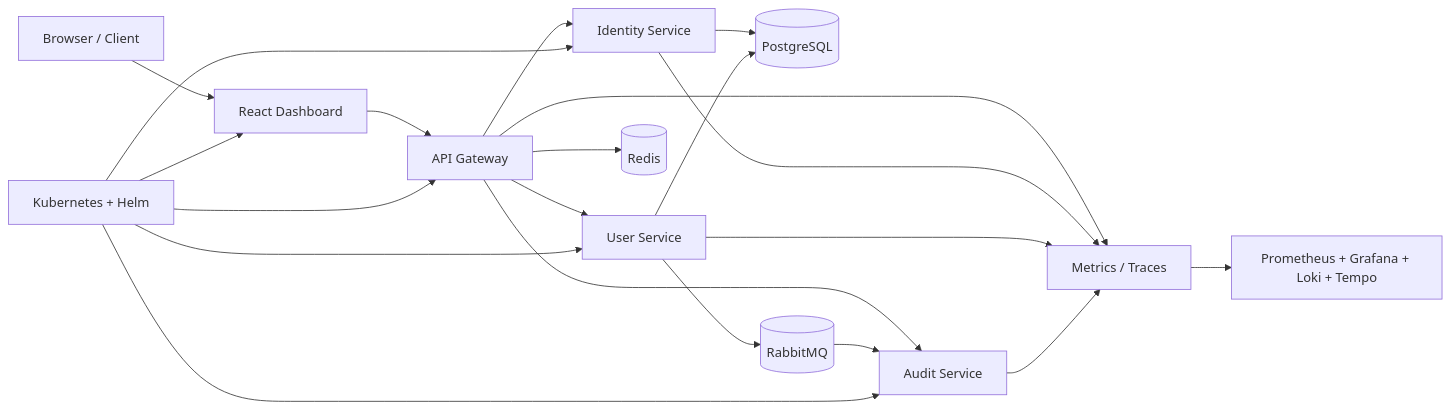
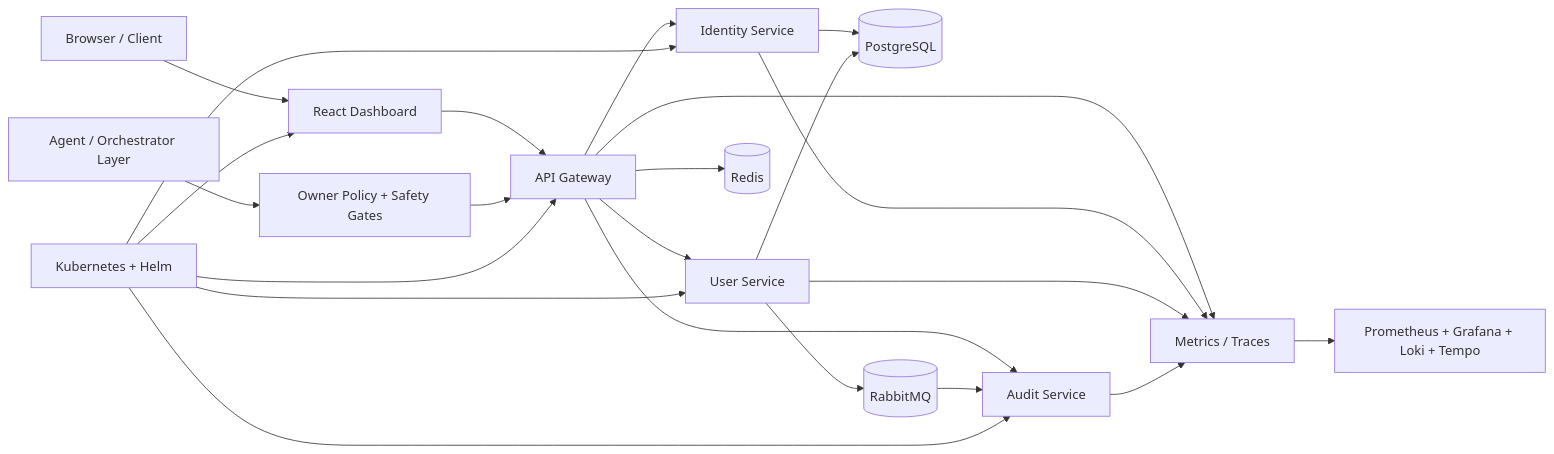
Before and after one commit to teldigi5-wq/aetheris-platform: the diagram in README.md, drawn with Mermaid. The commit also changed other lines of this file, not shown here.

````diff
--- a/README.md
+++ b/README.md
@@ -44,23 +68,25 @@
 ```mermaid
 flowchart LR
     U[Browser / Client] --> D[React Dashboard]
     D --> G[API Gateway]
     G --> I[Identity Service]
     G --> S[User Service]
     G --> A[Audit Service]
     G --> R[(Redis)]
     I --> P[(PostgreSQL)]
     S --> P
     S --> M[(RabbitMQ)]
     M --> A
     G --> O[Metrics / Traces]
     I --> O
     S --> O
     A --> O
     O --> OBS[Prometheus + Grafana + Loki + Tempo]
+    AG[Agent / Orchestrator Layer] --> POL[Owner Policy + Safety Gates]
+    POL --> G
     K[Kubernetes + Helm] --> D
     K --> G
     K --> I
     K --> S
     K --> A
 ```
````
